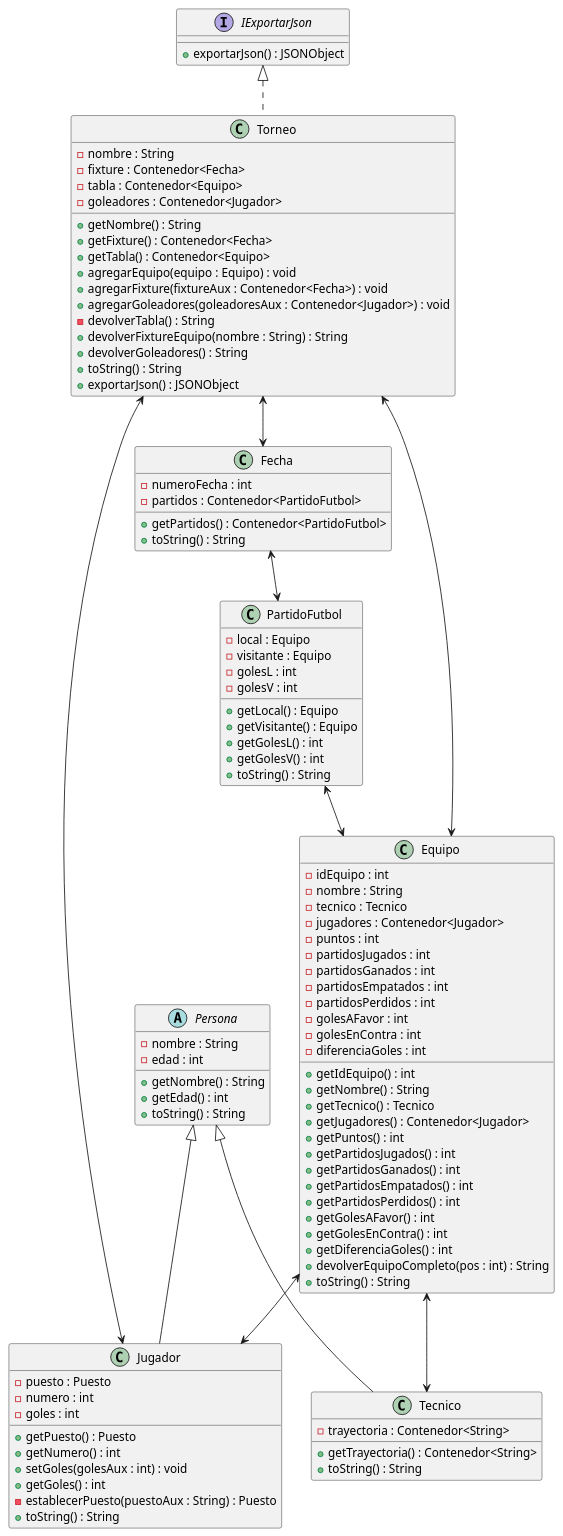
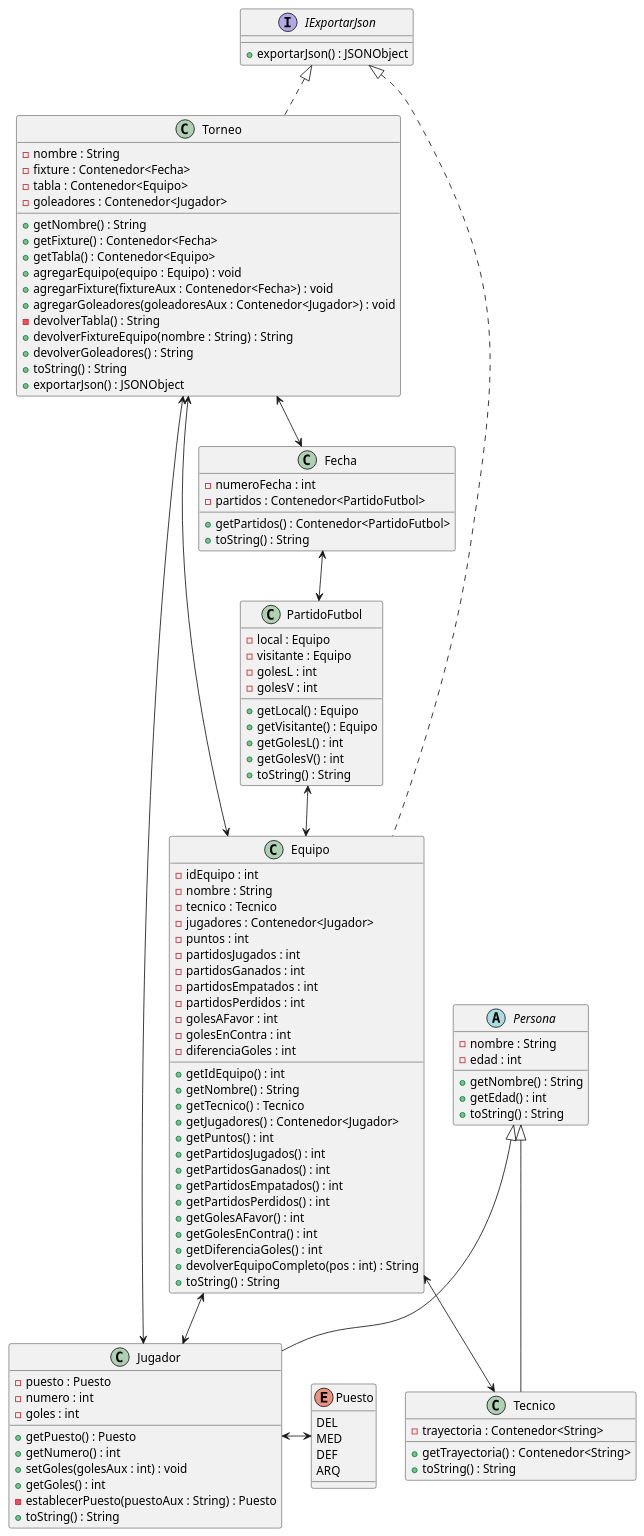
The diagram in src/diagramaDeClases.puml (agustinrojass/appTorneo), drawn with PlantUML before and after one commit. The commit also changed 298 other files, not shown here.

```diff
--- a/src/diagramaDeClases.puml
+++ b/src/diagramaDeClases.puml
@@ -1,97 +1,104 @@
 @startuml
 Torneo <--> Fecha
 Torneo <----> Equipo
 Torneo <-----> Jugador
 Fecha <--> PartidoFutbol
 PartidoFutbol <--> Equipo
 Equipo <--> Jugador
 Equipo <--> Tecnico
+Jugador <-> Puesto
+enum Puesto {
+    DEL
+    MED
+    DEF
+    ARQ
+}
 interface IExportarJson {
     + exportarJson() : JSONObject
 }
 class Torneo implements IExportarJson {
     - nombre : String
     - fixture : Contenedor<Fecha>
     - tabla : Contenedor<Equipo>
     - goleadores : Contenedor<Jugador>
     + getNombre() : String
     + getFixture() : Contenedor<Fecha>
     + getTabla() : Contenedor<Equipo>
     + agregarEquipo(equipo : Equipo) : void
     + agregarFixture(fixtureAux : Contenedor<Fecha>) : void
     + agregarGoleadores(goleadoresAux : Contenedor<Jugador>) : void
     - devolverTabla() : String
     + devolverFixtureEquipo(nombre : String) : String
     + devolverGoleadores() : String
     + toString() : String
     + exportarJson() : JSONObject
 }
 class Fecha {
     - numeroFecha : int
     - partidos : Contenedor<PartidoFutbol>
     + getPartidos() : Contenedor<PartidoFutbol>
     + toString() : String
 }
 class PartidoFutbol {
     - local : Equipo
     - visitante : Equipo
     - golesL : int
     - golesV : int
     + getLocal() : Equipo
     + getVisitante() : Equipo
     + getGolesL() : int
     + getGolesV() : int
     + toString() : String
 }
-class Equipo {
+class Equipo implements IExportarJson {
     - idEquipo : int
     - nombre : String
     - tecnico : Tecnico
     - jugadores : Contenedor<Jugador>
     - puntos : int
     - partidosJugados : int
     - partidosGanados : int
     - partidosEmpatados : int
     - partidosPerdidos : int
     - golesAFavor : int
     - golesEnContra : int
     - diferenciaGoles : int
     + getIdEquipo() : int
     + getNombre() : String
     + getTecnico() : Tecnico
     + getJugadores() : Contenedor<Jugador>
     + getPuntos() : int
     + getPartidosJugados() : int
     + getPartidosGanados() : int
     + getPartidosEmpatados() : int
     + getPartidosPerdidos() : int
     + getGolesAFavor() : int
     + getGolesEnContra() : int
     + getDiferenciaGoles() : int
     + devolverEquipoCompleto(pos : int) : String
     + toString() : String
 }
 abstract class Persona {
     - nombre : String
     - edad : int
     + getNombre() : String
     + getEdad() : int
     + toString() : String
 }
 class Jugador extends Persona {
     - puesto : Puesto
     - numero : int
     - goles : int
     + getPuesto() : Puesto
     + getNumero() : int
     + setGoles(golesAux : int) : void
     + getGoles() : int
     - establecerPuesto(puestoAux : String) : Puesto
     + toString() : String
 }
 class Tecnico extends Persona {
     - trayectoria : Contenedor<String>
     + getTrayectoria() : Contenedor<String>
     + toString() : String
 }
 @enduml
```
